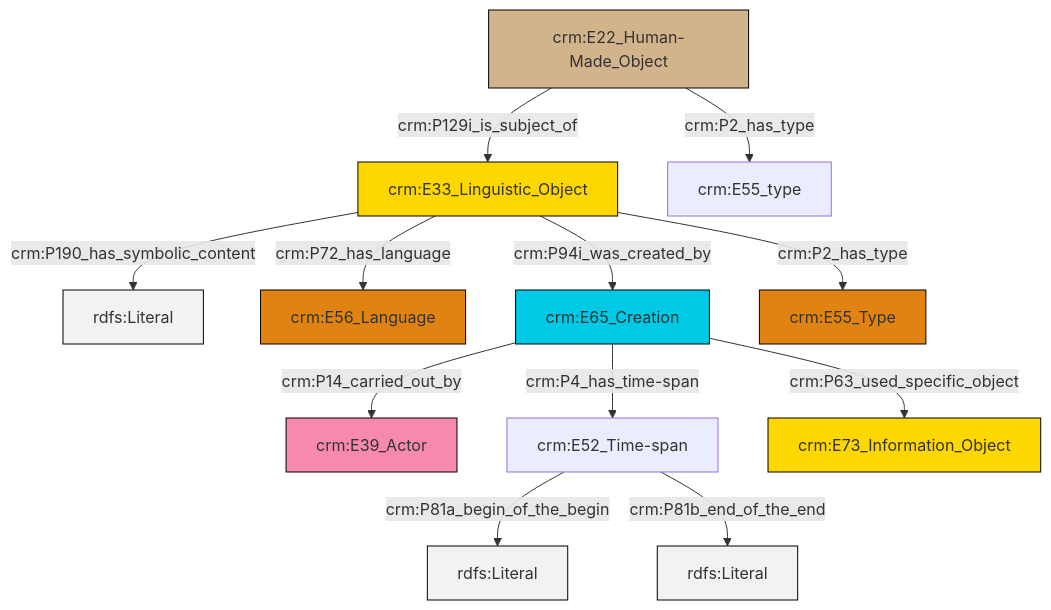
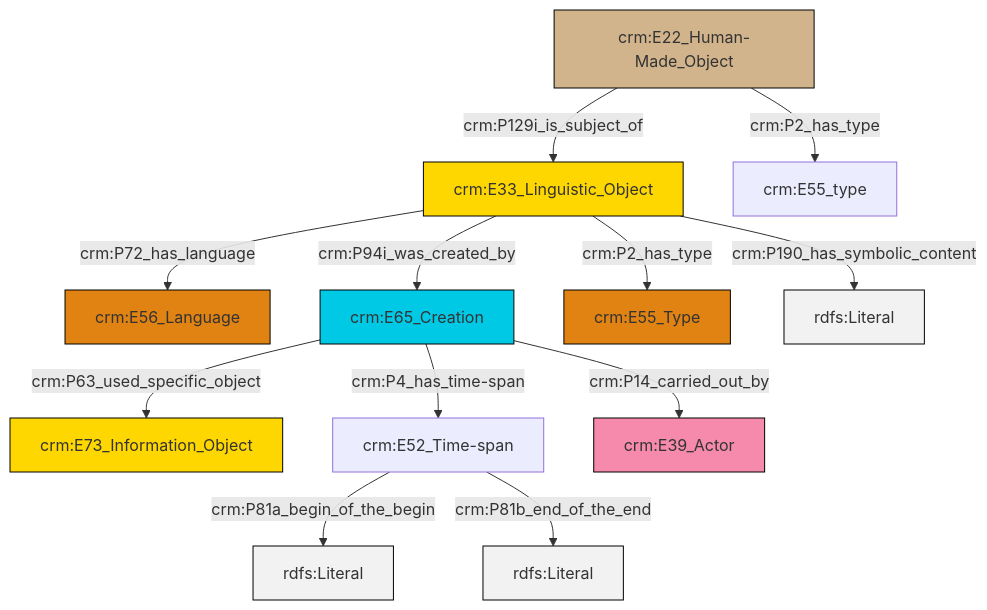
Before and after one commit to swiss-art-research-net/docs.swissartresearch: the diagram in et/builtWorkCSV/ttl/mmd/Built_Work_description.ttl.mmd, drawn with Mermaid. The commit also changed 210 other files, not shown here.

```diff
--- a/et/builtWorkCSV/ttl/mmd/Built_Work_description.ttl.mmd
+++ b/et/builtWorkCSV/ttl/mmd/Built_Work_description.ttl.mmd
@@ -1,26 +1,26 @@
 graph TD
 classDef Literal fill:#f2f2f2,stroke:#000000;
 classDef CRM_Entity fill:#FFFFFF,stroke:#000000;
 classDef Temporal_Entity fill:#00C9E6, stroke:#000000;
 classDef Type fill:#E18312, stroke:#000000;
 classDef Time-Span fill:#2C9C91, stroke:#000000;
 classDef Appellation fill:#FFEB7F, stroke:#000000;
 classDef Place fill:#008836, stroke:#000000;
 classDef Persistent_Item fill:#B266B2, stroke:#000000;
 classDef Conceptual_Object fill:#FFD700, stroke:#000000;
 classDef Physical_Thing fill:#D2B48C, stroke:#000000;
 classDef Actor fill:#f58aad, stroke:#000000;
 classDef PC_Classes fill:#4ce600, stroke:#000000;
 classDef Multi fill:#cccccc,stroke:#000000;
 
-0["crm:E33_Linguistic_Object"]:::Conceptual_Object -->|crm:P190_has_symbolic_content| 1[rdfs:Literal]:::Literal
-2["crm:E22_Human-Made_Object"]:::Physical_Thing -->|crm:P2_has_type| 3["crm:E55_type"]:::Default
-0["crm:E33_Linguistic_Object"]:::Conceptual_Object -->|crm:P72_has_language| 4["crm:E56_Language"]:::Type
-7["crm:E52_Time-span"]:::Default -->|crm:P81a_begin_of_the_begin| 9[rdfs:Literal]:::Literal
-10["crm:E65_Creation"]:::Temporal_Entity -->|crm:P63_used_specific_object| 11["crm:E73_Information_Object"]:::Conceptual_Object
-0["crm:E33_Linguistic_Object"]:::Conceptual_Object -->|crm:P2_has_type| 12["crm:E55_Type"]:::Type
-2["crm:E22_Human-Made_Object"]:::Physical_Thing -->|crm:P129i_is_subject_of| 0["crm:E33_Linguistic_Object"]:::Conceptual_Object
-7["crm:E52_Time-span"]:::Default -->|crm:P81b_end_of_the_end| 13[rdfs:Literal]:::Literal
-10["crm:E65_Creation"]:::Temporal_Entity -->|crm:P4_has_time-span| 7["crm:E52_Time-span"]:::Default
-10["crm:E65_Creation"]:::Temporal_Entity -->|crm:P14_carried_out_by| 5["crm:E39_Actor"]:::Actor
-0["crm:E33_Linguistic_Object"]:::Conceptual_Object -->|crm:P94i_was_created_by| 10["crm:E65_Creation"]:::Temporal_Entity
+2["crm:E22_Human-Made_Object"]:::Physical_Thing -->|crm:P129i_is_subject_of| 3["crm:E33_Linguistic_Object"]:::Conceptual_Object
+3["crm:E33_Linguistic_Object"]:::Conceptual_Object -->|crm:P72_has_language| 4["crm:E56_Language"]:::Type
+7["crm:E65_Creation"]:::Temporal_Entity -->|crm:P4_has_time-span| 8["crm:E52_Time-span"]:::Default
+8["crm:E52_Time-span"]:::Default -->|crm:P81a_begin_of_the_begin| 9[rdfs:Literal]:::Literal
+3["crm:E33_Linguistic_Object"]:::Conceptual_Object -->|crm:P94i_was_created_by| 7["crm:E65_Creation"]:::Temporal_Entity
+8["crm:E52_Time-span"]:::Default -->|crm:P81b_end_of_the_end| 14[rdfs:Literal]:::Literal
+2["crm:E22_Human-Made_Object"]:::Physical_Thing -->|crm:P2_has_type| 10["crm:E55_type"]:::Default
+3["crm:E33_Linguistic_Object"]:::Conceptual_Object -->|crm:P2_has_type| 12["crm:E55_Type"]:::Type
+7["crm:E65_Creation"]:::Temporal_Entity -->|crm:P63_used_specific_object| 0["crm:E73_Information_Object"]:::Conceptual_Object
+7["crm:E65_Creation"]:::Temporal_Entity -->|crm:P14_carried_out_by| 16["crm:E39_Actor"]:::Actor
+3["crm:E33_Linguistic_Object"]:::Conceptual_Object -->|crm:P190_has_symbolic_content| 19[rdfs:Literal]:::Literal
```
